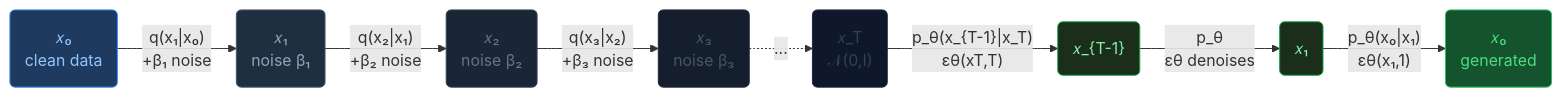
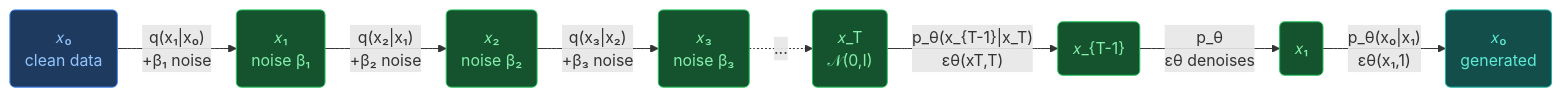
Before and after one commit to OlehVolkov/AlphaFold3-AIGen-KnowledgeBase: the first of 8 diagrams in EN/1. AlphaFold3/1.2. Architecture/1.2.4. Diffusion Models — Theory and Applications.md, drawn with Mermaid. The commit also changed other lines of this file and 33 other files, not shown here.

Commit message:
Linting and fixes in diagrams

````diff
--- a/EN/1. AlphaFold3/1.2. Architecture/1.2.4. Diffusion Models — Theory and Applications.md
+++ b/EN/1. AlphaFold3/1.2. Architecture/1.2.4. Diffusion Models — Theory and Applications.md
@@ -32,25 +32,24 @@
 ```mermaid
 flowchart LR
-    x0("𝑥₀<br/>clean data"):::clean
-    x1("𝑥₁<br/>noise β₁"):::noisy1
-    x2("𝑥₂<br/>noise β₂"):::noisy2
-    x3("𝑥₃<br/>noise β₃"):::noisy3
-    xT("𝑥_T<br/>𝒩(0,I)"):::pure
+    x0("𝑥₀<br/>clean data"):::input
+    x1("𝑥₁<br/>noise β₁"):::diffusion
+    x2("𝑥₂<br/>noise β₂"):::diffusion
+    x3("𝑥₃<br/>noise β₃"):::diffusion
+    xT("𝑥_T<br/>𝒩(0,I)"):::diffusion
 
     x0 -- "q(x₁|x₀)<br/>+β₁ noise" --> x1
     x1 -- "q(x₂|x₁)<br/>+β₂ noise" --> x2
     x2 -- "q(x₃|x₂)<br/>+β₃ noise" --> x3
     x3 -. "..." .-> xT
 
-    xT -- "p_θ(x_{T-1}|x_T)<br/>εθ(xT,T)" --> x3r("𝑥_{T-1}"):::rev
-    x3r -- "p_θ<br/>εθ denoises" --> x1r("𝑥₁"):::rev
-    x1r -- "p_θ(x₀|x₁)<br/>εθ(x₁,1)" --> x0r("𝑥₀<br/>generated"):::rclean
+    xT -- "p_θ(x_{T-1}|x_T)<br/>εθ(xT,T)" --> x3r("𝑥_{T-1}"):::diffusion
+    x3r -- "p_θ<br/>εθ denoises" --> x1r("𝑥₁"):::diffusion
+    x1r -- "p_θ(x₀|x₁)<br/>εθ(x₁,1)" --> x0r("𝑥₀<br/>generated"):::output
 
-    classDef clean  fill:#1e3a5f,stroke:#3b82f6,color:#93c5fd
-    classDef noisy1 fill:#1e3040,stroke:#475569,color:#94a3b8
-    classDef noisy2 fill:#1a2535,stroke:#334155,color:#64748b
-    classDef noisy3 fill:#151e2d,stroke:#1e293b,color:#475569
-    classDef pure   fill:#0f172a,stroke:#1e293b,color:#334155
-    classDef rev    fill:#1a2e1a,stroke:#16a34a,color:#86efac
-    classDef rclean fill:#14532d,stroke:#22c55e,color:#4ade80
+    classDef input fill:#1e3a5f,stroke:#3b82f6,color:#93c5fd
+    classDef trunk fill:#312e81,stroke:#7c3aed,color:#c4b5fd
+    classDef diffusion fill:#14532d,stroke:#22c55e,color:#86efac
+    classDef confidence fill:#7c2d12,stroke:#ea580c,color:#fdba74
+    classDef output fill:#134e4a,stroke:#14b8a6,color:#5eead4
+    classDef neutral fill:#1e293b,stroke:#475569,color:#94a3b8
 ```
````
